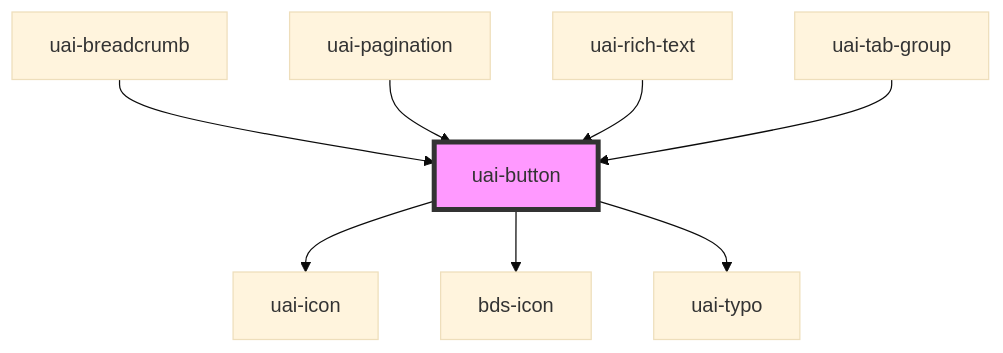
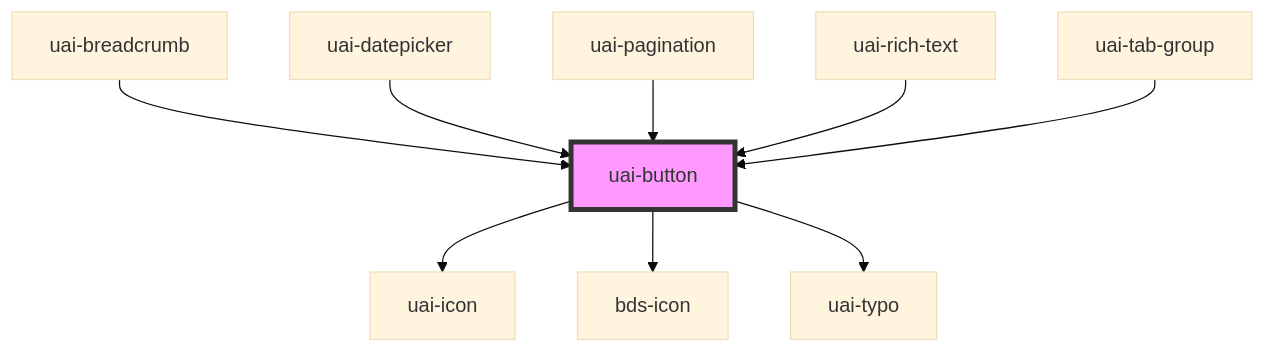
Before and after one commit to takenet/blip-ds: the diagram in src/components/uai-button/readme.md, drawn with Mermaid (base theme). The commit also changed other lines of this file and 16 other files, not shown here.

First line of the commit message:
feat(uai-datepicker): add UAI datepicker for a date or a period

````diff
--- a/src/components/uai-button/readme.md
+++ b/src/components/uai-button/readme.md
@@ -188,11 +189,12 @@
 ```mermaid
 graph TD;
   uai-button --> uai-icon
   uai-button --> bds-icon
   uai-button --> uai-typo
   uai-breadcrumb --> uai-button
+  uai-datepicker --> uai-button
   uai-pagination --> uai-button
   uai-rich-text --> uai-button
   uai-tab-group --> uai-button
   style uai-button fill:#f9f,stroke:#333,stroke-width:4px
 ```
````
